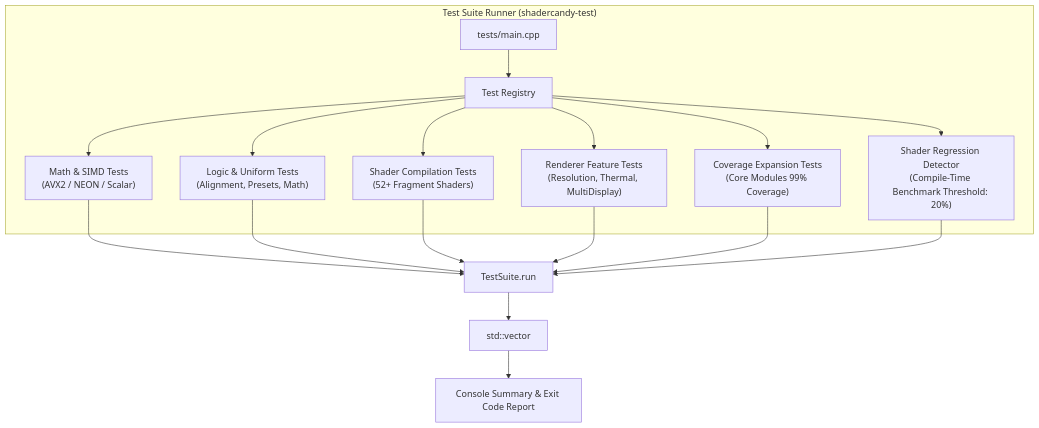
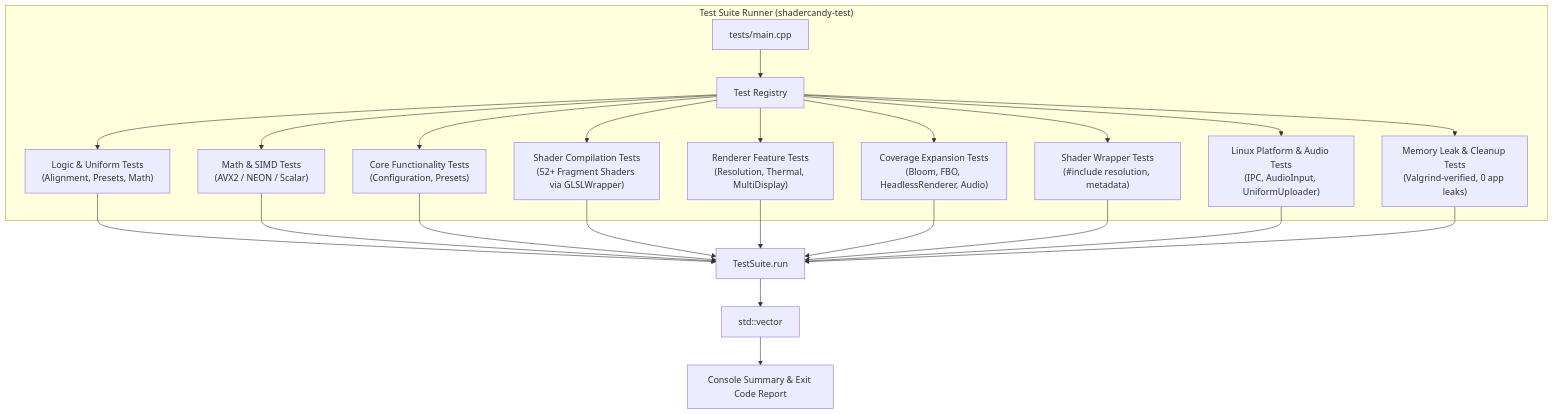
One commit to 23skdu/ShaderCandy changed diagram 11 of 12 in docs/ArchitectureDiagrams.md. Above: the diagram before and after it, drawn with Mermaid. The commit also changed other lines of this file and 11 other files, not shown here.

````diff
--- a/docs/ArchitectureDiagrams.md
+++ b/docs/ArchitectureDiagrams.md
@@ -281,16 +326,19 @@
 ```mermaid
 flowchart TD
     subgraph "Test Suite Runner (shadercandy-test)"
         Main[tests/main.cpp] --> Reg[Test Registry]
-        Reg --> S1["Math & SIMD Tests\n(AVX2 / NEON / Scalar)"]
-        Reg --> S2["Logic & Uniform Tests\n(Alignment, Presets, Math)"]
-        Reg --> S3["Shader Compilation Tests\n(52+ Fragment Shaders)"]
-        Reg --> S4["Renderer Feature Tests\n(Resolution, Thermal, MultiDisplay)"]
-        Reg --> S5["Coverage Expansion Tests\n(Core Modules 99% Coverage)"]
-        Reg --> S6["Shader Regression Detector\n(Compile-Time Benchmark Threshold: 20%)"]
+        Reg --> S1["Logic & Uniform Tests\n(Alignment, Presets, Math)"]
+        Reg --> S2["Math & SIMD Tests\n(AVX2 / NEON / Scalar)"]
+        Reg --> S3["Core Functionality Tests\n(Configuration, Presets)"]
+        Reg --> S4["Shader Compilation Tests\n(52+ Fragment Shaders via GLSLWrapper)"]
+        Reg --> S5["Renderer Feature Tests\n(Resolution, Thermal, MultiDisplay)"]
+        Reg --> S6["Coverage Expansion Tests\n(Bloom, FBO, HeadlessRenderer, Audio)"]
+        Reg --> S7["Shader Wrapper Tests\n(#include resolution, metadata)"]
+        Reg --> S8["Linux Platform & Audio Tests\n(IPC, AudioInput, UniformUploader)"]
+        Reg --> S9["Memory Leak & Cleanup Tests\n(Valgrind-verified, 0 app leaks)"]
     end
 
-    S1 & S2 & S3 & S4 & S5 & S6 --> Runner[TestSuite.run]
+    S1 & S2 & S3 & S4 & S5 & S6 & S7 & S8 & S9 --> Runner[TestSuite.run]
     Runner --> Results["std::vector<TestResult>"]
     Results --> Format["Console Summary & Exit Code Report"]
 ```
````
